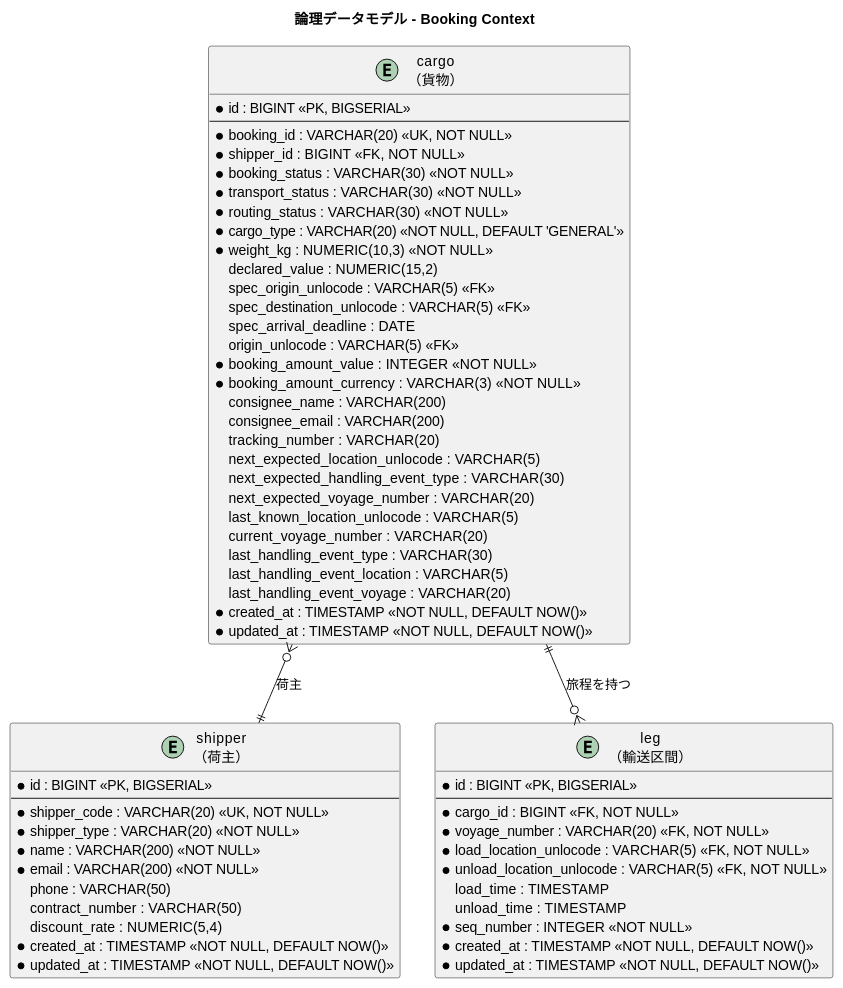
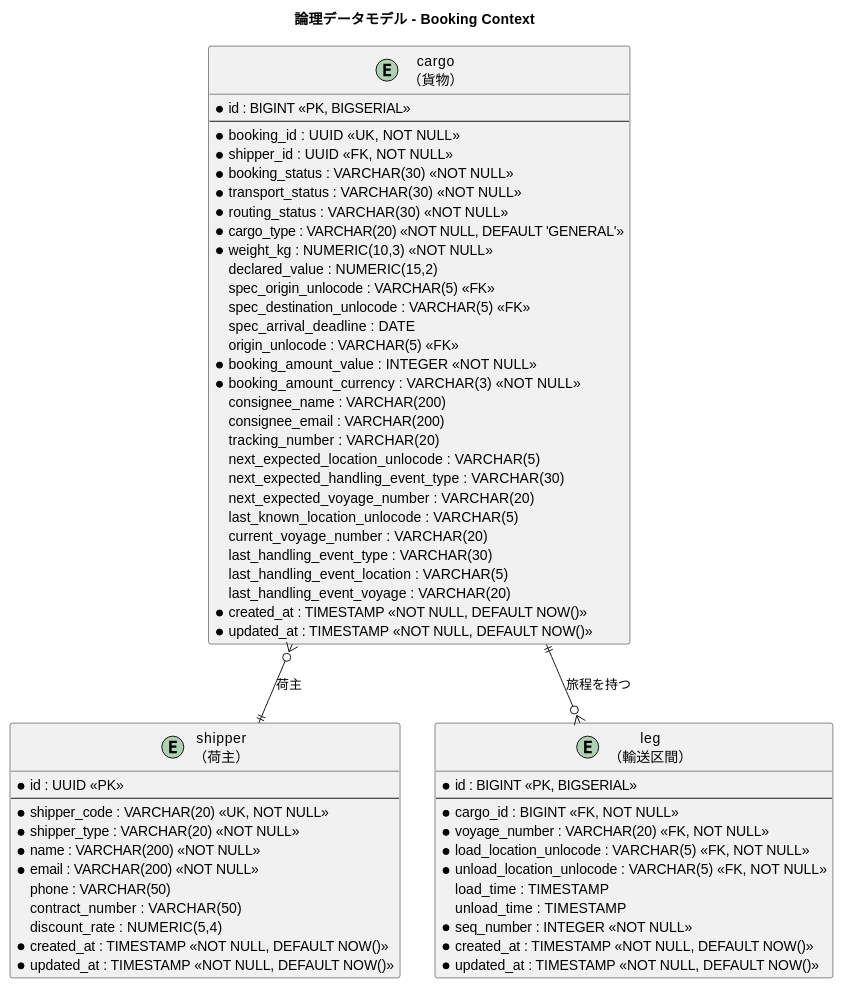
The third of 9 diagrams in docs/design/data-model.md (k2works/case-study-cargo-tracker), drawn with PlantUML before and after one commit. The commit also changed other lines of this file, not shown here.

First line of the commit message:
docs(design): shipper.id と booking_id の型記述を実装マイグレーションに一致させる

````diff
--- a/docs/design/data-model.md
+++ b/docs/design/data-model.md
@@ -298,69 +298,69 @@
 ```plantuml
 @startuml
 title 論理データモデル - Booking Context
 
 entity "shipper\n（荷主）" as shipper {
-  * id : BIGINT <<PK, BIGSERIAL>>
+  * id : UUID <<PK>>
   --
   * shipper_code : VARCHAR(20) <<UK, NOT NULL>>
   * shipper_type : VARCHAR(20) <<NOT NULL>>
   * name : VARCHAR(200) <<NOT NULL>>
   * email : VARCHAR(200) <<NOT NULL>>
   phone : VARCHAR(50)
   contract_number : VARCHAR(50)
   discount_rate : NUMERIC(5,4)
   * created_at : TIMESTAMP <<NOT NULL, DEFAULT NOW()>>
   * updated_at : TIMESTAMP <<NOT NULL, DEFAULT NOW()>>
 }
 
 entity "cargo\n（貨物）" as cargo {
   * id : BIGINT <<PK, BIGSERIAL>>
   --
-  * booking_id : VARCHAR(20) <<UK, NOT NULL>>
-  * shipper_id : BIGINT <<FK, NOT NULL>>
+  * booking_id : UUID <<UK, NOT NULL>>
+  * shipper_id : UUID <<FK, NOT NULL>>
   * booking_status : VARCHAR(30) <<NOT NULL>>
   * transport_status : VARCHAR(30) <<NOT NULL>>
   * routing_status : VARCHAR(30) <<NOT NULL>>
   * cargo_type : VARCHAR(20) <<NOT NULL, DEFAULT 'GENERAL'>>
   * weight_kg : NUMERIC(10,3) <<NOT NULL>>
   declared_value : NUMERIC(15,2)
   spec_origin_unlocode : VARCHAR(5) <<FK>>
   spec_destination_unlocode : VARCHAR(5) <<FK>>
   spec_arrival_deadline : DATE
   origin_unlocode : VARCHAR(5) <<FK>>
   * booking_amount_value : INTEGER <<NOT NULL>>
   * booking_amount_currency : VARCHAR(3) <<NOT NULL>>
   consignee_name : VARCHAR(200)
   consignee_email : VARCHAR(200)
   tracking_number : VARCHAR(20)
   next_expected_location_unlocode : VARCHAR(5)
   next_expected_handling_event_type : VARCHAR(30)
   next_expected_voyage_number : VARCHAR(20)
   last_known_location_unlocode : VARCHAR(5)
   current_voyage_number : VARCHAR(20)
   last_handling_event_type : VARCHAR(30)
   last_handling_event_location : VARCHAR(5)
   last_handling_event_voyage : VARCHAR(20)
   * created_at : TIMESTAMP <<NOT NULL, DEFAULT NOW()>>
   * updated_at : TIMESTAMP <<NOT NULL, DEFAULT NOW()>>
 }
 
 entity "leg\n（輸送区間）" as leg {
   * id : BIGINT <<PK, BIGSERIAL>>
   --
   * cargo_id : BIGINT <<FK, NOT NULL>>
   * voyage_number : VARCHAR(20) <<FK, NOT NULL>>
   * load_location_unlocode : VARCHAR(5) <<FK, NOT NULL>>
   * unload_location_unlocode : VARCHAR(5) <<FK, NOT NULL>>
   load_time : TIMESTAMP
   unload_time : TIMESTAMP
   * seq_number : INTEGER <<NOT NULL>>
   * created_at : TIMESTAMP <<NOT NULL, DEFAULT NOW()>>
   * updated_at : TIMESTAMP <<NOT NULL, DEFAULT NOW()>>
 }
 
 cargo }o--|| shipper : "荷主"
 cargo ||--o{ leg : "旅程を持つ"
 
 @enduml
 ```
````
